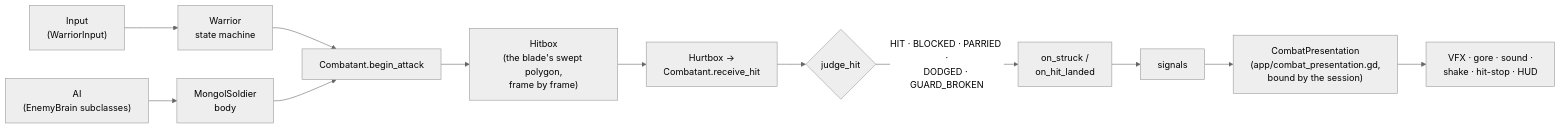
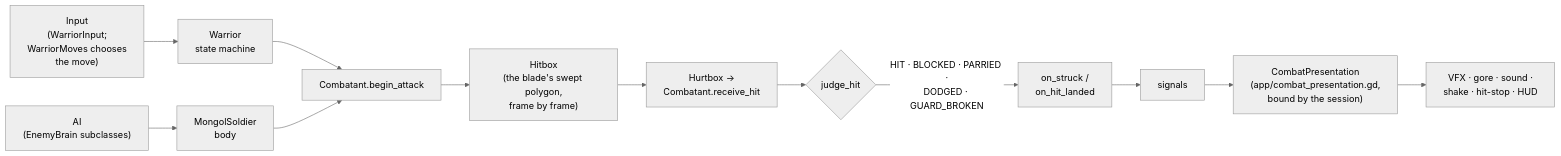
Before and after one commit to shehab20089/the-last-abbasid-v2: the diagram in README.md, drawn with Mermaid (neutral theme). The commit also changed other lines of this file and 9 other files, not shown here.

````diff
--- a/README.md
+++ b/README.md
@@ -377,14 +378,14 @@
 ```mermaid
 flowchart LR
-    A["Input<br/>(WarriorInput)"] --> W["Warrior<br/>state machine"]
+    A["Input<br/>(WarriorInput;<br/>WarriorMoves chooses<br/>the move)"] --> W["Warrior<br/>state machine"]
     B["AI<br/>(EnemyBrain subclasses)"] --> S["MongolSoldier<br/>body"]
     W --> C["Combatant.begin_attack"]
     S --> C
     C --> H["Hitbox<br/>(the blade's swept polygon,<br/>frame by frame)"]
     H --> R["Hurtbox →<br/>Combatant.receive_hit"]
     R --> J{"judge_hit"}
     J -->|"HIT · BLOCKED · PARRIED ·<br/>DODGED · GUARD_BROKEN"| O["on_struck /<br/>on_hit_landed"]
     O --> G["signals"]
     G --> M["CombatPresentation<br/>(app/combat_presentation.gd,<br/>bound by the session)"]
     M --> P["VFX · gore · sound ·<br/>shake · hit-stop · HUD"]
 ```
````
